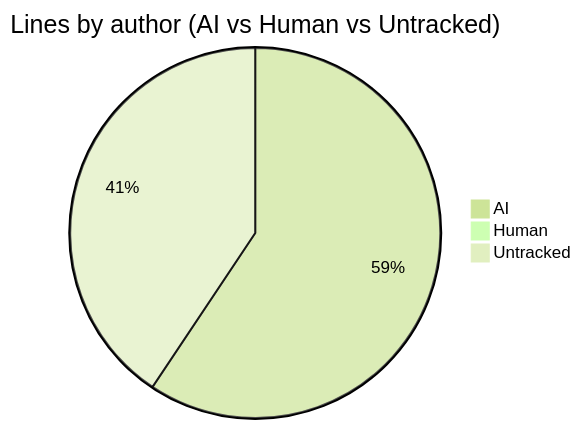
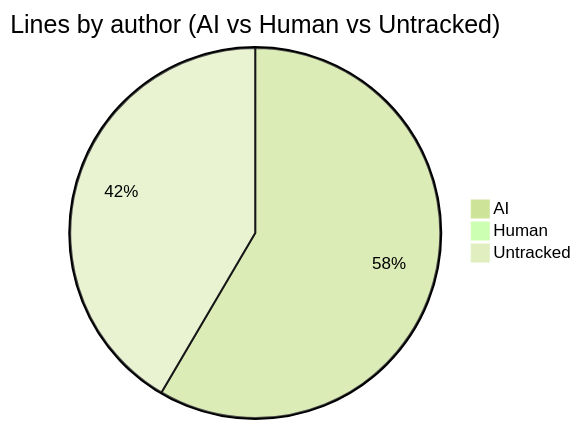
One commit to CaliMark/ai-authorship changed the first of 2 diagrams in AI-AUTHORSHIP.md. Above: the diagram before and after it, drawn with Mermaid (forest theme). The commit also changed other lines of this file and 1 other file, not shown here.

````diff
--- a/AI-AUTHORSHIP.md
+++ b/AI-AUTHORSHIP.md
@@ -19,6 +19,6 @@
 ```mermaid
 pie title Lines by author (AI vs Human vs Untracked)
-    "AI" : 2282
+    "AI" : 2291
     "Human" : 0
-    "Untracked" : 1562
+    "Untracked" : 1628
 ```
````
